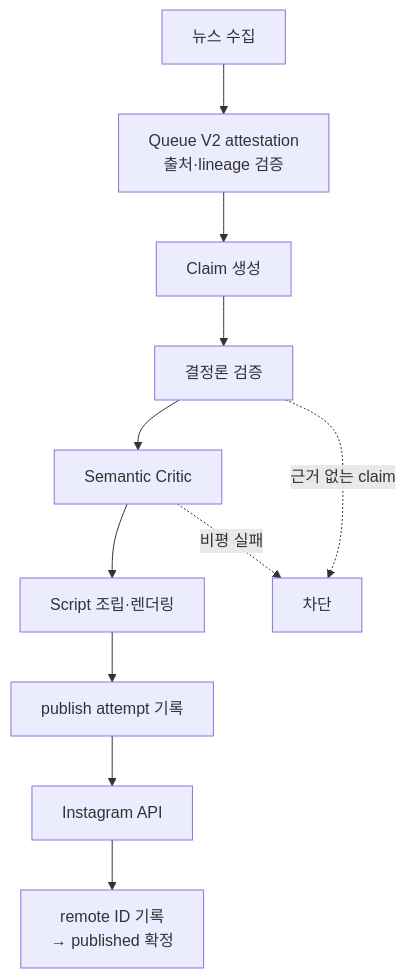
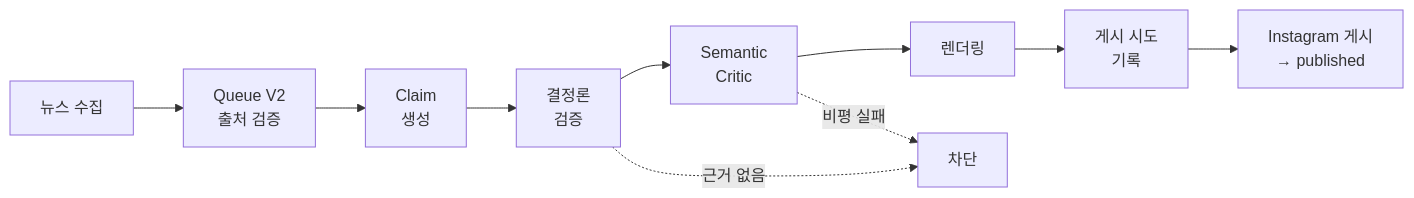
Before and after one commit to YunhuPark/YunhuPark: the second of 3 diagrams in README.md, drawn with Mermaid. The commit also changed other lines of this file, not shown here.

Commit message:
Profile README: lay devorch and algo-pipeline out left-to-right with shorter labels

````diff
--- a/README.md
+++ b/README.md
@@ -43,13 +43,12 @@
 ```mermaid
-flowchart TD
-    A["뉴스 수집"] --> B["Queue V2 attestation<br>출처·lineage 검증"]
-    B --> C["Claim 생성"]
-    C --> D["결정론 검증"]
-    D --> E["Semantic Critic"]
-    E --> F["Script 조립·렌더링"]
-    F --> G["publish attempt 기록"]
-    G --> H["Instagram API"]
-    H --> I["remote ID 기록<br>→ published 확정"]
-    D -.->|근거 없는 claim| X["차단"]
+flowchart LR
+    A["뉴스 수집"] --> B["Queue V2<br>출처 검증"]
+    B --> C["Claim<br>생성"]
+    C --> D["결정론<br>검증"]
+    D --> E["Semantic<br>Critic"]
+    E --> F["렌더링"]
+    F --> G["게시 시도<br>기록"]
+    G --> H["Instagram 게시<br>→ published"]
+    D -.->|근거 없음| X["차단"]
     E -.->|비평 실패| X
 ```
````
